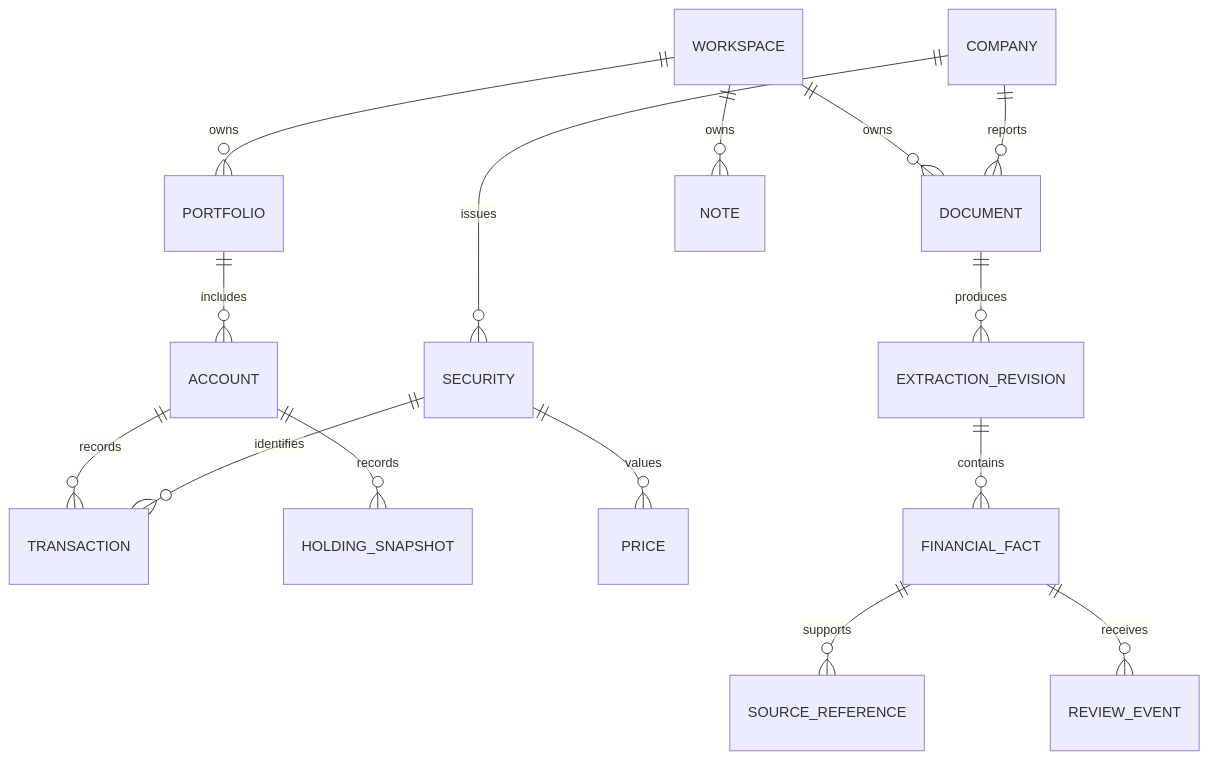
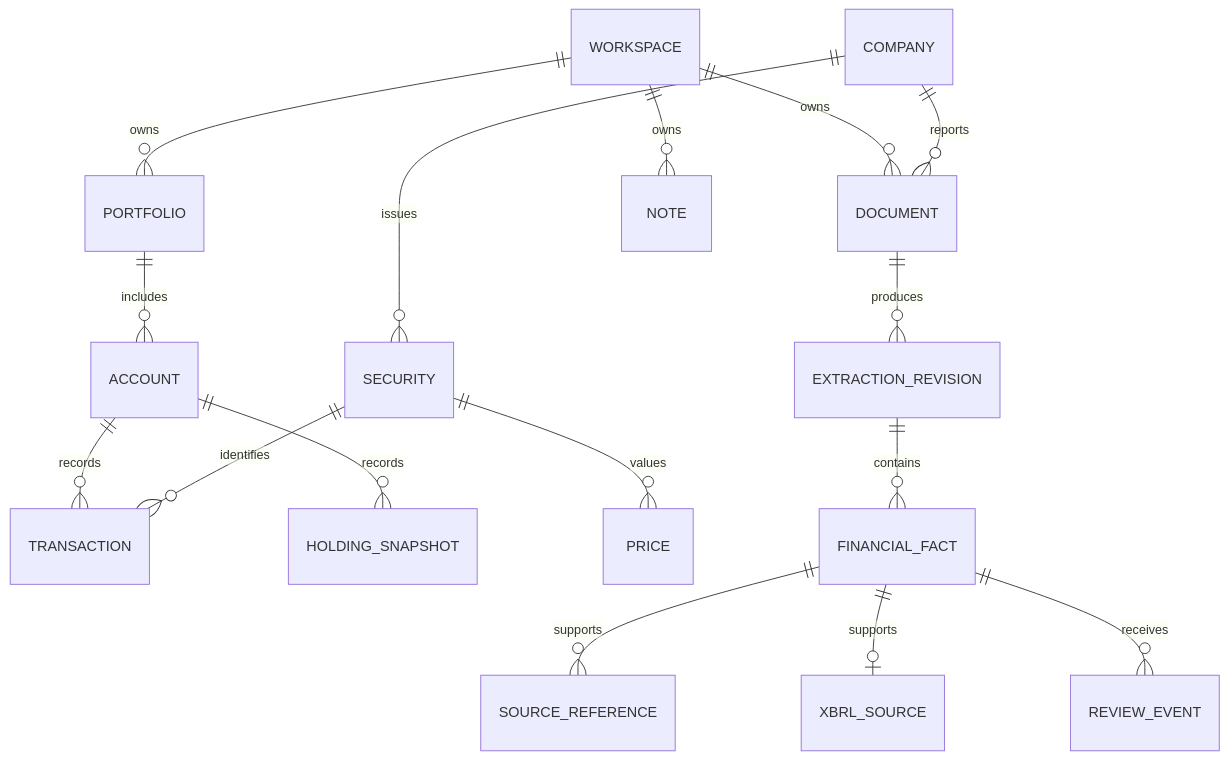
Before and after one commit to himanshu634/maester: the diagram in docs/DATA_MODEL.md, drawn with Mermaid. The commit also changed other lines of this file and 21 other files, not shown here.

````diff
--- a/docs/DATA_MODEL.md
+++ b/docs/DATA_MODEL.md
@@ -11,17 +11,18 @@
 ```mermaid
 erDiagram
     WORKSPACE ||--o{ PORTFOLIO : owns
     WORKSPACE ||--o{ DOCUMENT : owns
     WORKSPACE ||--o{ NOTE : owns
     PORTFOLIO ||--o{ ACCOUNT : includes
     ACCOUNT ||--o{ TRANSACTION : records
     ACCOUNT ||--o{ HOLDING_SNAPSHOT : records
     COMPANY ||--o{ SECURITY : issues
     SECURITY ||--o{ TRANSACTION : identifies
     SECURITY ||--o{ PRICE : values
     COMPANY ||--o{ DOCUMENT : reports
     DOCUMENT ||--o{ EXTRACTION_REVISION : produces
     EXTRACTION_REVISION ||--o{ FINANCIAL_FACT : contains
     FINANCIAL_FACT ||--o{ SOURCE_REFERENCE : supports
+    FINANCIAL_FACT ||--o| XBRL_SOURCE : supports
     FINANCIAL_FACT ||--o{ REVIEW_EVENT : receives
 ```
````
